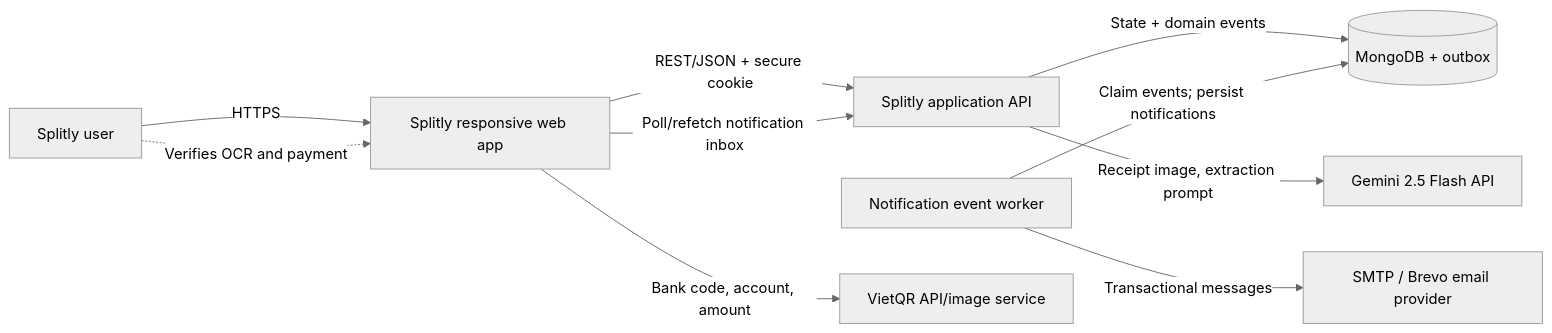
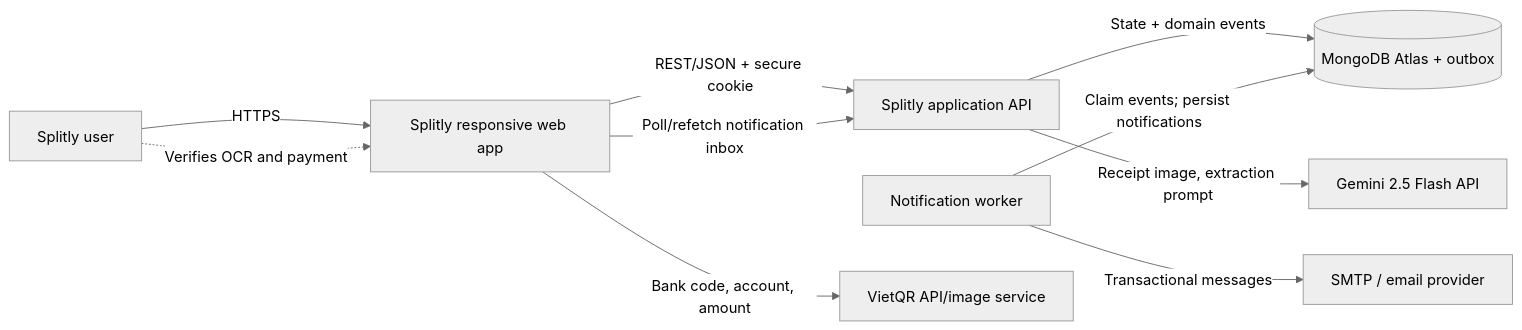
The first of 5 diagrams in docs/Project_Architecture/software_architecture.md (vntthanh/splitly), drawn with Mermaid (neutral theme) before and after one commit. The commit also changed other lines of this file and 23 other files, not shown here.

````diff
--- a/docs/Project_Architecture/software_architecture.md
+++ b/docs/Project_Architecture/software_architecture.md
@@ -95,13 +99,13 @@
 ```mermaid
 flowchart LR
     USER["Splitly user"] -->|HTTPS| WEB["Splitly responsive web app"]
     WEB -->|REST/JSON + secure cookie| API["Splitly application API"]
     WEB -->|Poll/refetch notification inbox| API
-    API -->|State + domain events| DB[("MongoDB + outbox")]
-    WORKER["Notification event worker"] -->|Claim events; persist notifications| DB
+    API -->|State + domain events| DB[("MongoDB Atlas + outbox")]
+    WORKER["Notification worker"] -->|Claim events; persist notifications| DB
     API -->|Receipt image, extraction prompt| GEMINI["Gemini 2.5 Flash API"]
     WEB -->|Bank code, account, amount| VIETQR["VietQR API/image service"]
-    WORKER -->|Transactional messages| MAIL["SMTP / Brevo email provider"]
+    WORKER -->|Transactional messages| MAIL["SMTP / email provider"]
 
     USER -.->|Verifies OCR and payment| WEB
 ```
````
